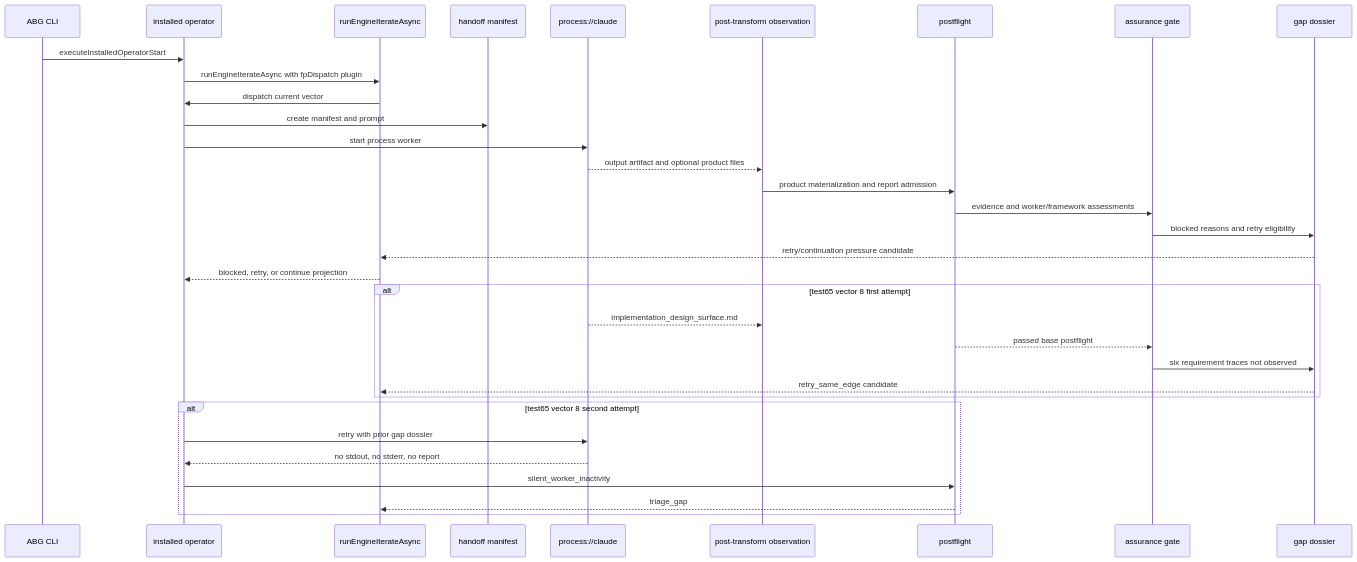
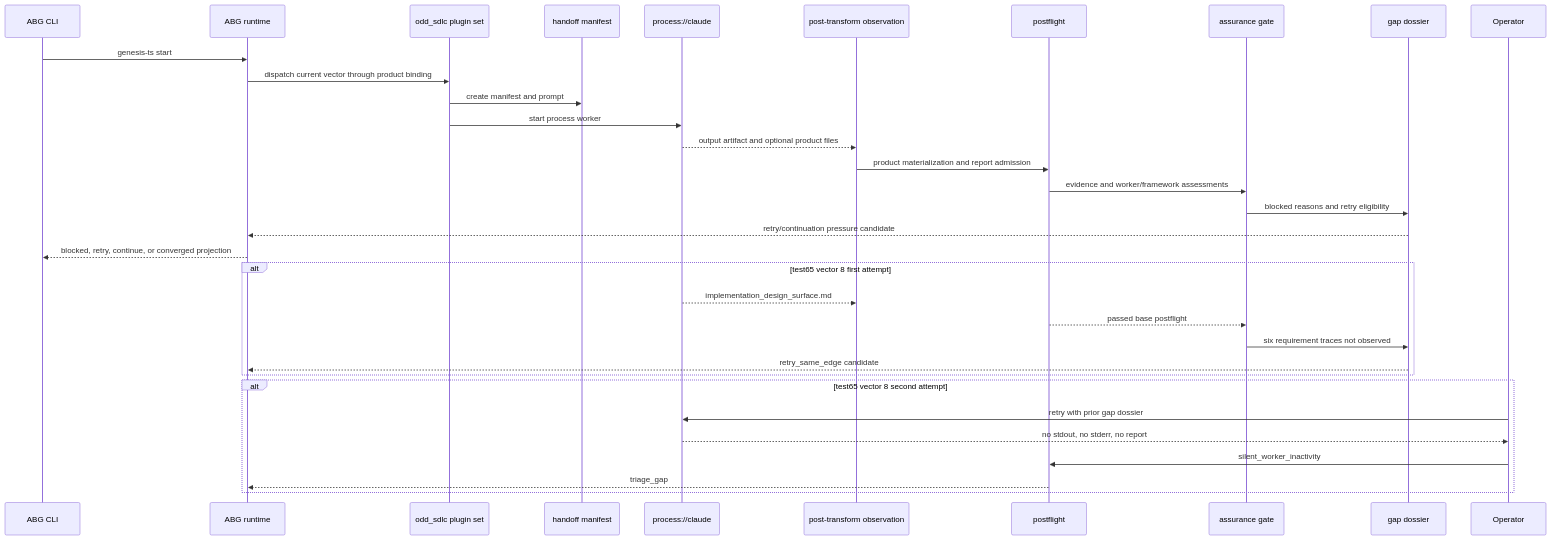
One commit to foolishimp/odd_sdlc changed the fourth of 6 diagrams in build_tenants/typescript/design/ODD_SDLC_TYPESCRIPT_TRAVERSAL_LEDGER_SOLUTION.md. Above: the diagram before and after it, drawn with Mermaid. The commit also changed 47 other files, not shown here.

````diff
--- a/build_tenants/typescript/design/ODD_SDLC_TYPESCRIPT_TRAVERSAL_LEDGER_SOLUTION.md
+++ b/build_tenants/typescript/design/ODD_SDLC_TYPESCRIPT_TRAVERSAL_LEDGER_SOLUTION.md
@@ -501,38 +501,37 @@
 ```mermaid
 sequenceDiagram
   participant CLI as ABG CLI
-  participant Operator as installed operator
-  participant ABG as runEngineIterateAsync
+  participant ABG as ABG runtime
+  participant Plugins as odd_sdlc plugin set
   participant Handoff as handoff manifest
   participant Worker as process://claude
   participant Observe as post-transform observation
   participant Postflight as postflight
   participant Assurance as assurance gate
   participant Gap as gap dossier
 
-  CLI->>Operator: executeInstalledOperatorStart
-  Operator->>ABG: runEngineIterateAsync with fpDispatch plugin
-  ABG->>Operator: dispatch current vector
-  Operator->>Handoff: create manifest and prompt
-  Operator->>Worker: start process worker
+  CLI->>ABG: genesis-ts start
+  ABG->>Plugins: dispatch current vector through product binding
+  Plugins->>Handoff: create manifest and prompt
+  Plugins->>Worker: start process worker
   Worker-->>Observe: output artifact and optional product files
   Observe->>Postflight: product materialization and report admission
   Postflight->>Assurance: evidence and worker/framework assessments
   Assurance->>Gap: blocked reasons and retry eligibility
   Gap-->>ABG: retry/continuation pressure candidate
-  ABG-->>Operator: blocked, retry, or continue projection
+  ABG-->>CLI: blocked, retry, continue, or converged projection
 
   alt test65 vector 8 first attempt
     Worker-->>Observe: implementation_design_surface.md
     Postflight-->>Assurance: passed base postflight
     Assurance->>Gap: six requirement traces not observed
     Gap-->>ABG: retry_same_edge candidate
   end
 
   alt test65 vector 8 second attempt
     Operator->>Worker: retry with prior gap dossier
     Worker-->>Operator: no stdout, no stderr, no report
     Operator->>Postflight: silent_worker_inactivity
     Postflight-->>ABG: triage_gap
   end
 ```
````
